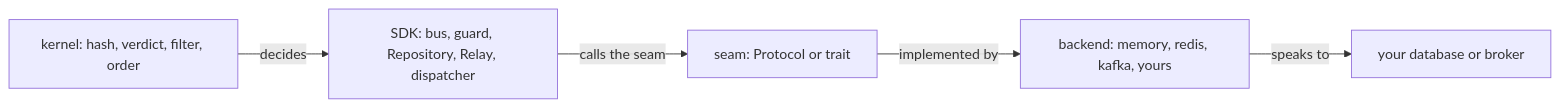
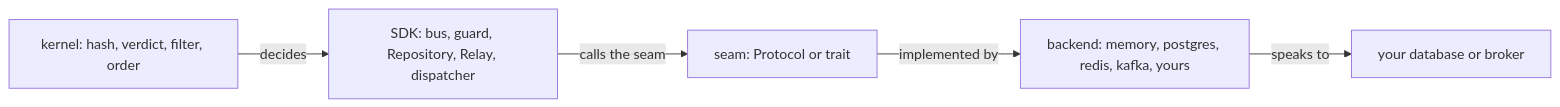
The first of 3 diagrams in docs/backends/README.md (haskian/edax), drawn with Mermaid before and after one commit. The commit also changed other lines of this file and 63 other files, not shown here.

First line of the commit message:
feat(postgres): add the Postgres kernel and the asyncpg backend

````diff
--- a/docs/backends/README.md
+++ b/docs/backends/README.md
@@ -10,7 +11,7 @@
 ```mermaid
 flowchart LR
     K["kernel: hash, verdict, filter, order"] -->|"decides"| S
     S["SDK: bus, guard, Repository, Relay, dispatcher"] -->|"calls the seam"| P
     P["seam: Protocol or trait"] -->|"implemented by"| B
-    B["backend: memory, redis, kafka, yours"] -->|"speaks to"| D["your database or broker"]
+    B["backend: memory, postgres, redis, kafka, yours"] -->|"speaks to"| D["your database or broker"]
 ```
````
